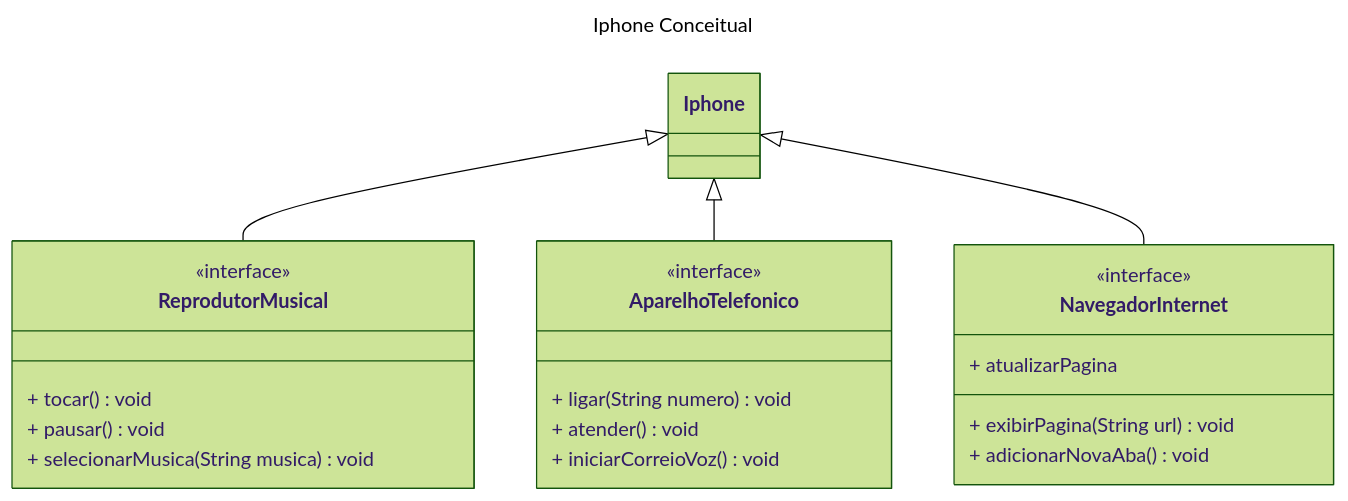
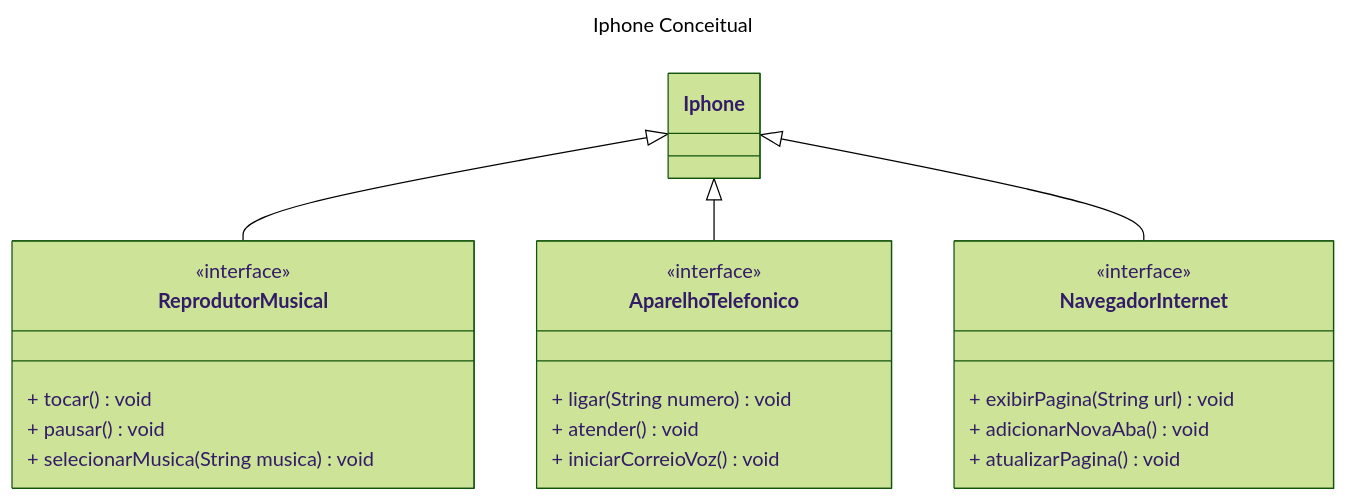
One commit to filipedhunior/dio-trilha-java-basico changed the diagram in IphoneConceitualModel/README.md. Above: the diagram before and after it, drawn with Mermaid (forest theme).

Commit message:
[Update] README + classDiagram
Melhorando a interface

`````diff
--- a/IphoneConceitualModel/README.md
+++ b/IphoneConceitualModel/README.md
@@ -2,33 +2,33 @@
 ```` mermaid
 ---
 title: Iphone Conceitual
 ---
 classDiagram
 	Iphone <|-- ReprodutorMusical
 	Iphone <|-- AparelhoTelefonico
 	Iphone <|-- NavegadorInternet
 	
 	class Iphone{
 	}
 	
 	class ReprodutorMusical{
 	    <<interface>> 
 	+ tocar() void
 	+ pausar() void
 	+ selecionarMusica(String musica) void
 	}
 
 	class AparelhoTelefonico{
 	    <<interface>> 
 	+ ligar(String numero) void
 	+ atender() void
 	+ iniciarCorreioVoz() void
 	}
 	
 	class NavegadorInternet{
 	    <<interface>> 
 	+ exibirPagina(String url) void
 	+ adicionarNovaAba()void
-	+ atualizarPagina
+	+ atualizarPagina() void
 	}
 ````
`````
